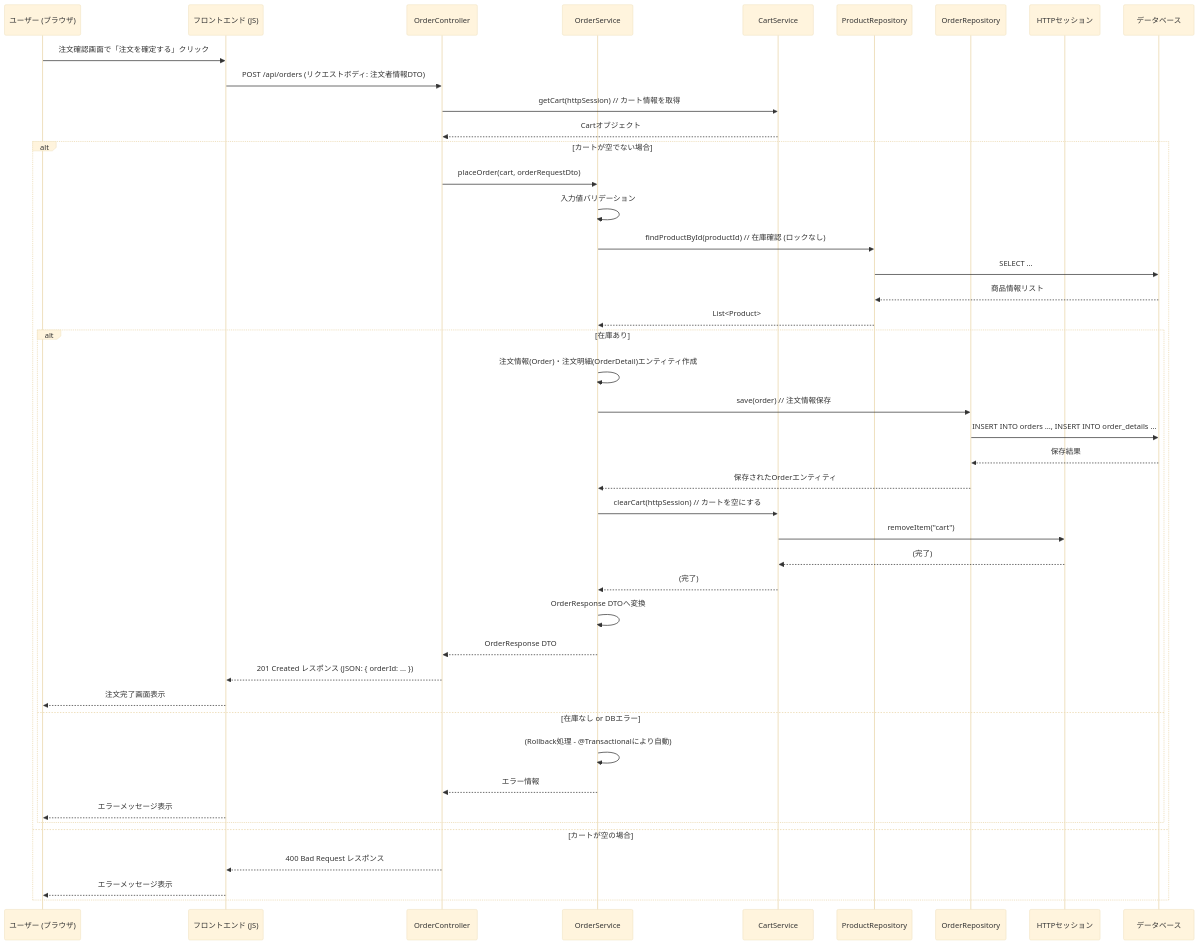
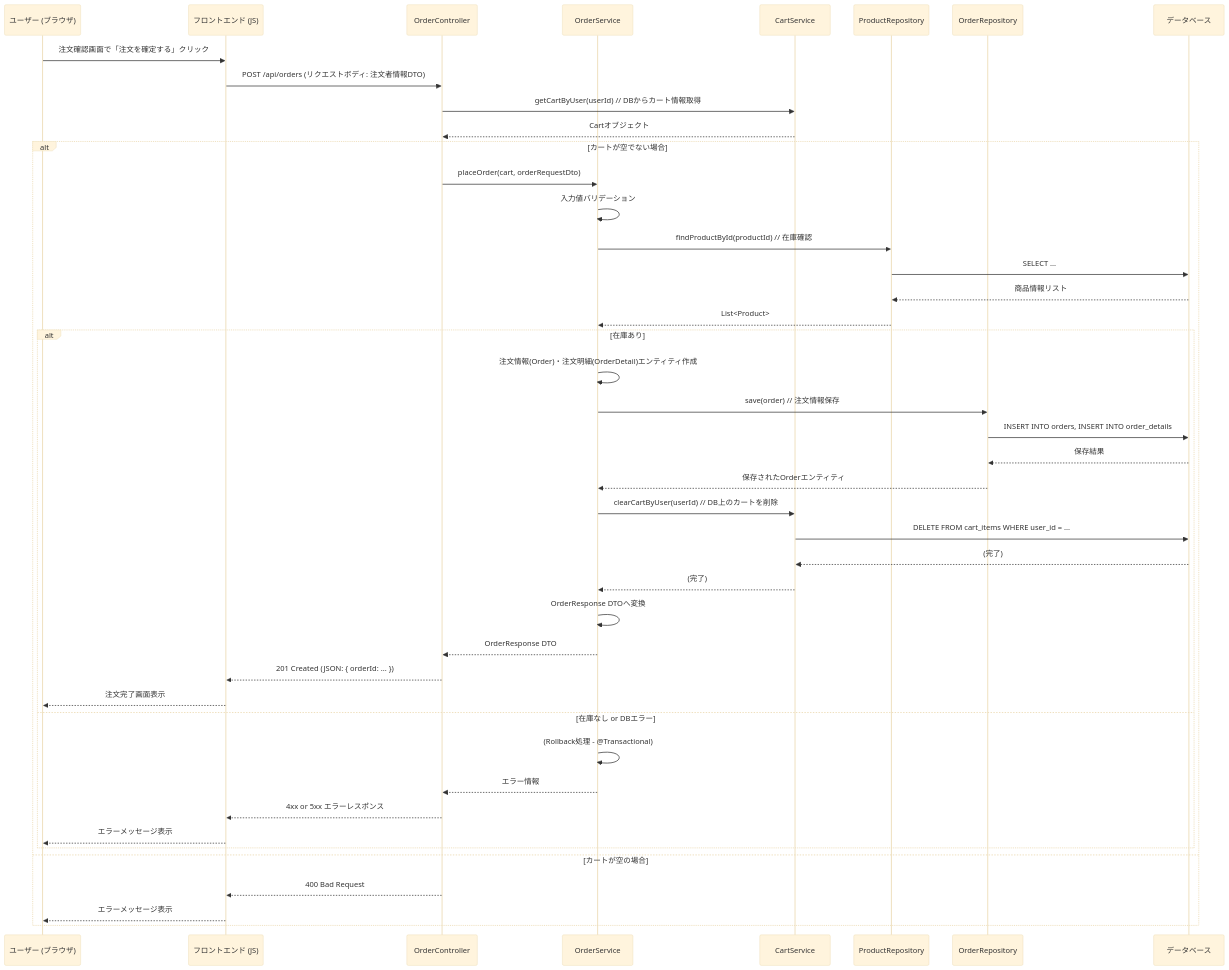
Before and after one commit to Hinako-Kimura127/neko: the seventh of 13 diagrams in 詳細設計/詳細設計.md, drawn with Mermaid (base theme).

Commit message:
再修正しました。

````diff
--- a/詳細設計/詳細設計.md
+++ b/詳細設計/詳細設計.md
@@ -271,51 +271,54 @@
 ```mermaid
 sequenceDiagram
     participant User as ユーザー (ブラウザ)
     participant FE as フロントエンド (JS)
     participant OrderController
     participant OrderService
     participant CartService
     participant ProductRepository
     participant OrderRepository
-    participant HttpSession as HTTPセッション
     participant DB as データベース
- 
+
     User->>FE: 注文確認画面で「注文を確定する」クリック
     FE->>OrderController: POST /api/orders (リクエストボディ: 注文者情報DTO)
-    OrderController->>CartService: getCart(httpSession) // カート情報を取得
+    OrderController->>CartService: getCartByUser(userId) // DBからカート情報取得
     CartService-->>OrderController: Cartオブジェクト
- 
+
     alt カートが空でない場合
         OrderController->>OrderService: placeOrder(cart, orderRequestDto)
         OrderService->>OrderService: 入力値バリデーション
-        OrderService->>ProductRepository: findProductById(productId) // 在庫確認 (ロックなし)
+        OrderService->>ProductRepository: findProductById(productId) // 在庫確認
         ProductRepository->>DB: SELECT ...
         DB-->>ProductRepository: 商品情報リスト
         ProductRepository-->>OrderService: List<Product>
+
         alt 在庫あり
- 
             OrderService->>OrderService: 注文情報(Order)・注文明細(OrderDetail)エンティティ作成
             OrderService->>OrderRepository: save(order) // 注文情報保存
-            OrderRepository->>DB: INSERT INTO orders ..., INSERT INTO order_details ...
+            OrderRepository->>DB: INSERT INTO orders, INSERT INTO order_details
             DB-->>OrderRepository: 保存結果
             OrderRepository-->>OrderService: 保存されたOrderエンティティ
- 
-            OrderService->>CartService: clearCart(httpSession) // カートを空にする
-            CartService->>HttpSession: removeItem("cart")
-            HttpSession-->>CartService: (完了)
+
+            OrderService->>CartService: clearCartByUser(userId) // DB上のカートを削除
+            CartService->>DB: DELETE FROM cart_items WHERE user_id = ...
+            DB-->>CartService: (完了)
             CartService-->>OrderService: (完了)
- 
+
             OrderService->>OrderService: OrderResponse DTOへ変換
             OrderService-->>OrderController: OrderResponse DTO
-            OrderController-->>FE: 201 Created レスポンス (JSON: { orderId: ... })
+            OrderController-->>FE: 201 Created (JSON: { orderId: ... })
             FE-->>User: 注文完了画面表示
+
         else 在庫なし or DBエラー
-            OrderService->>OrderService: (Rollback処理 - @Transactionalにより自動)
+            OrderService->>OrderService: (Rollback処理 - @Transactional)
             OrderService-->>OrderController: エラー情報
+            OrderController-->>FE: 4xx or 5xx エラーレスポンス
             FE-->>User: エラーメッセージ表示
         end
+
     else カートが空の場合
-        OrderController-->>FE: 400 Bad Request レスポンス
+        OrderController-->>FE: 400 Bad Request
         FE-->>User: エラーメッセージ表示
     end
+
 ```
````
